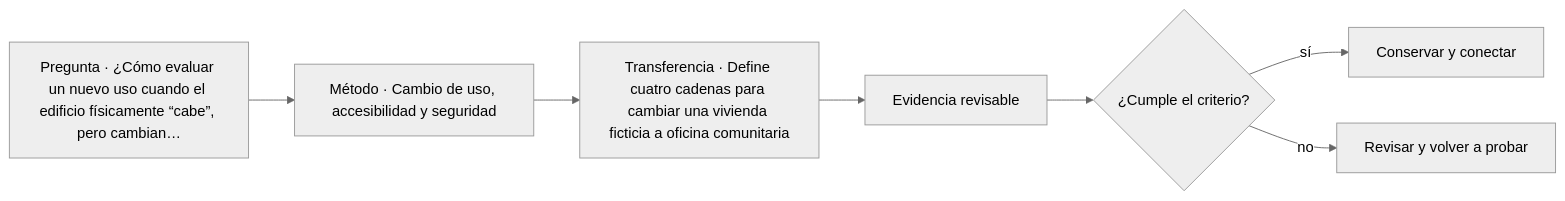
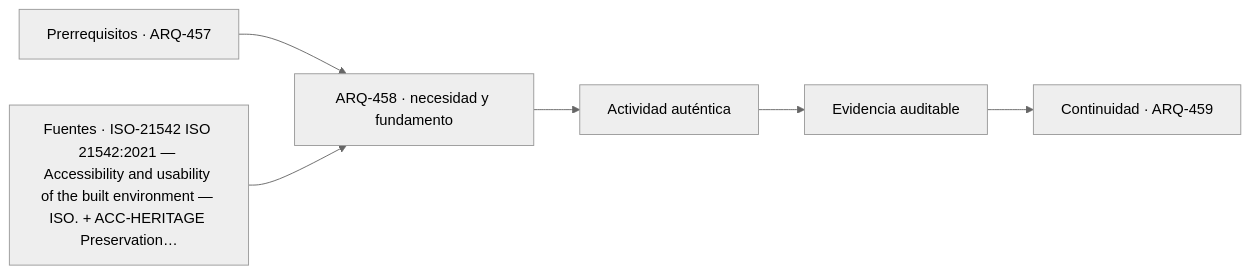
One commit to vladimiracunadev-create/architecture-built-environment-learning-program changed the diagram in classes/parte-46/ARQ-458.md. Above: the diagram before and after it, drawn with Mermaid (neutral theme). The commit also changed other lines of this file and 761 other files, not shown here.

````diff
--- a/classes/parte-46/ARQ-458.md
+++ b/classes/parte-46/ARQ-458.md
@@ -75,9 +87,8 @@
 ```mermaid
 flowchart LR
-    Q["Pregunta · ¿Cómo evaluar un nuevo uso cuando el edificio físicamente “cabe”, pero cambian…"] --> M["Método · Cambio de uso, accesibilidad y seguridad"]
-    M --> P["Transferencia · Define cuatro cadenas para cambiar una vivienda ficticia a oficina comunitaria"]
-    P --> E["Evidencia revisable"]
-    E --> C{"¿Cumple el criterio?"}
-    C -->|sí| T["Conservar y conectar"]
-    C -->|no| R["Revisar y volver a probar"]
+    A["Prerrequisitos · ARQ-457"] --> B["ARQ-458 · necesidad y fundamento"]
+    S["Fuentes · ISO-21542 ISO 21542:2021 — Accessibility and usability of the built environment — ISO. + ACC-HERITAGE Preservation…"] --> B
+    B --> C["Actividad auténtica"]
+    C --> D["Evidencia auditable"]
+    D --> E["Continuidad · ARQ-459"]
 ```
````
